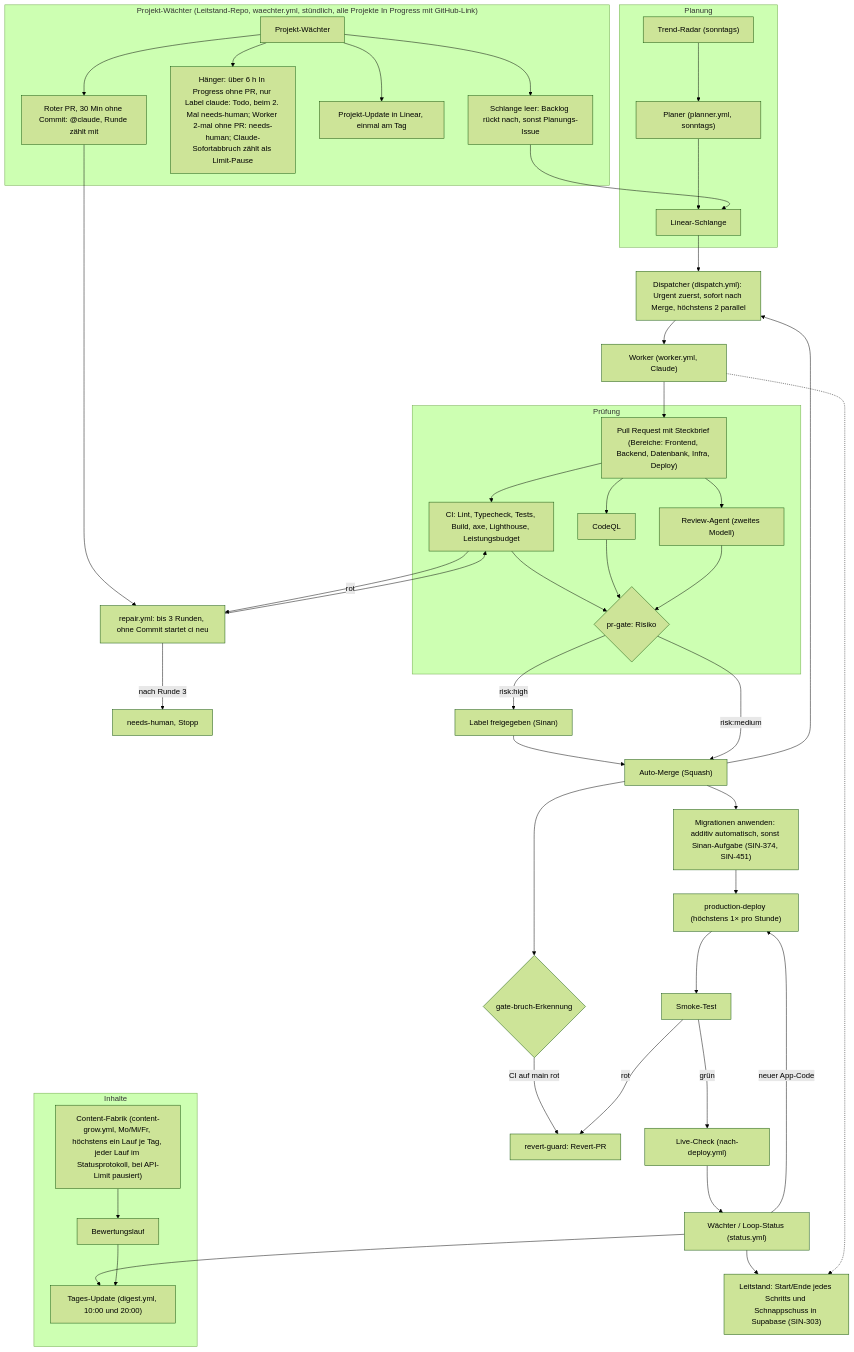
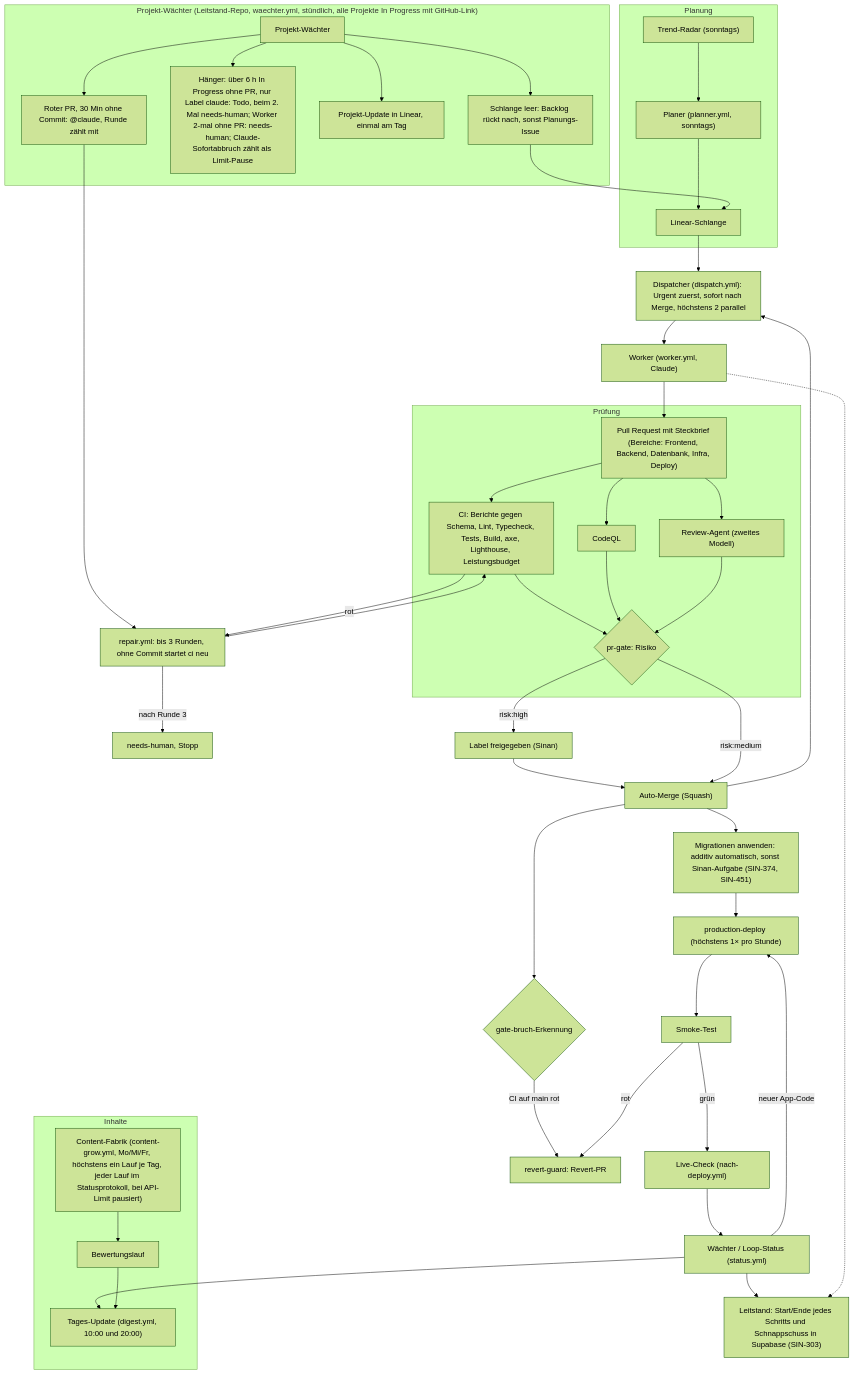
Before and after one commit to siinanXD/Content-Agent-Lernapp: the diagram in README.md, drawn with Mermaid (forest theme). The commit also changed 17 other files, not shown here.

First line of the commit message:
feat(autonomy): Übergabe-Verträge als JSON-Schema je Agent, in CI geprüft (SIN-491)

````diff
--- a/README.md
+++ b/README.md
@@ -72,51 +72,51 @@
 ```mermaid
 %% Pipeline-Ablauf des Loops, Stand main 09.10. (SIN-376). Quelle für das FigJam-Board „Pipeline-Ablauf“.
 %% Ändern sich .github/workflows/ oder scripts/autonomy/, diese Datei im selben PR anpassen.
 flowchart TD
   subgraph Planung
     Radar["Trend-Radar (sonntags)"] --> Planer
     Planer["Planer (planner.yml, sonntags)"] --> Schlange["Linear-Schlange"]
   end
   Schlange --> Dispatcher["Dispatcher (dispatch.yml): Urgent zuerst, sofort nach Merge, höchstens 2 parallel"]
   Dispatcher --> Worker["Worker (worker.yml, Claude)"]
   Worker --> PR["Pull Request mit Steckbrief (Bereiche: Frontend, Backend, Datenbank, Infra, Deploy)"]
   subgraph Prüfung
-    PR --> CI["CI: Lint, Typecheck, Tests, Build, axe, Lighthouse, Leistungsbudget"]
+    PR --> CI["CI: Berichte gegen Schema, Lint, Typecheck, Tests, Build, axe, Lighthouse, Leistungsbudget"]
     PR --> CodeQL["CodeQL"]
     PR --> Review["Review-Agent (zweites Modell)"]
     CI --> Gate{"pr-gate: Risiko"}
     CodeQL --> Gate
     Review --> Gate
   end
   CI -- rot --> Repair["repair.yml: bis 3 Runden, ohne Commit startet ci neu"]
   Repair --> CI
   Repair -- "nach Runde 3" --> Mensch["needs-human, Stopp"]
   Gate -- "risk:high" --> Freigabe["Label freigegeben (Sinan)"]
   Freigabe --> Merge
   Gate -- "risk:medium" --> Merge["Auto-Merge (Squash)"]
   Merge --> Dispatcher
   Merge --> Migr["Migrationen anwenden: additiv automatisch, sonst Sinan-Aufgabe (SIN-374, SIN-451)"]
   Merge --> Bruch{"gate-bruch-Erkennung"}
   Bruch -- "CI auf main rot" --> Revert["revert-guard: Revert-PR"]
   Migr --> Deploy["production-deploy (höchstens 1× pro Stunde)"]
   Deploy --> Smoke["Smoke-Test"]
   Smoke -- rot --> Revert
   Smoke -- grün --> Live["Live-Check (nach-deploy.yml)"]
   Live --> Waechter["Wächter / Loop-Status (status.yml)"]
   Waechter -- "neuer App-Code" --> Deploy
   Waechter --> Update["Tages-Update (digest.yml, 10:00 und 20:00)"]
   Waechter --> Leitstand["Leitstand: Start/Ende jedes Schritts und Schnappschuss in Supabase (SIN-303)"]
   Worker -.-> Leitstand
   subgraph Projektwaechter["Projekt-Wächter (Leitstand-Repo, waechter.yml, stündlich, alle Projekte In Progress mit GitHub-Link)"]
     PW["Projekt-Wächter"] --> PWS["Schlange leer: Backlog rückt nach, sonst Planungs-Issue"]
     PW --> PWH["Hänger: über 6 h In Progress ohne PR, nur Label claude: Todo, beim 2. Mal needs-human; Worker 2-mal ohne PR: needs-human; Claude-Sofortabbruch zählt als Limit-Pause"]
     PW --> PWU["Projekt-Update in Linear, einmal am Tag"]
     PW --> PWR["Roter PR, 30 Min ohne Commit: @claude, Runde zählt mit"]
   end
   PWS --> Schlange
   PWR --> Repair
   subgraph Inhalte
     Fabrik["Content-Fabrik (content-grow.yml, Mo/Mi/Fr, höchstens ein Lauf je Tag, jeder Lauf im Statusprotokoll, bei API-Limit pausiert)"] --> Bewertung["Bewertungslauf"]
     Bewertung --> Update
   end
 ```
````
